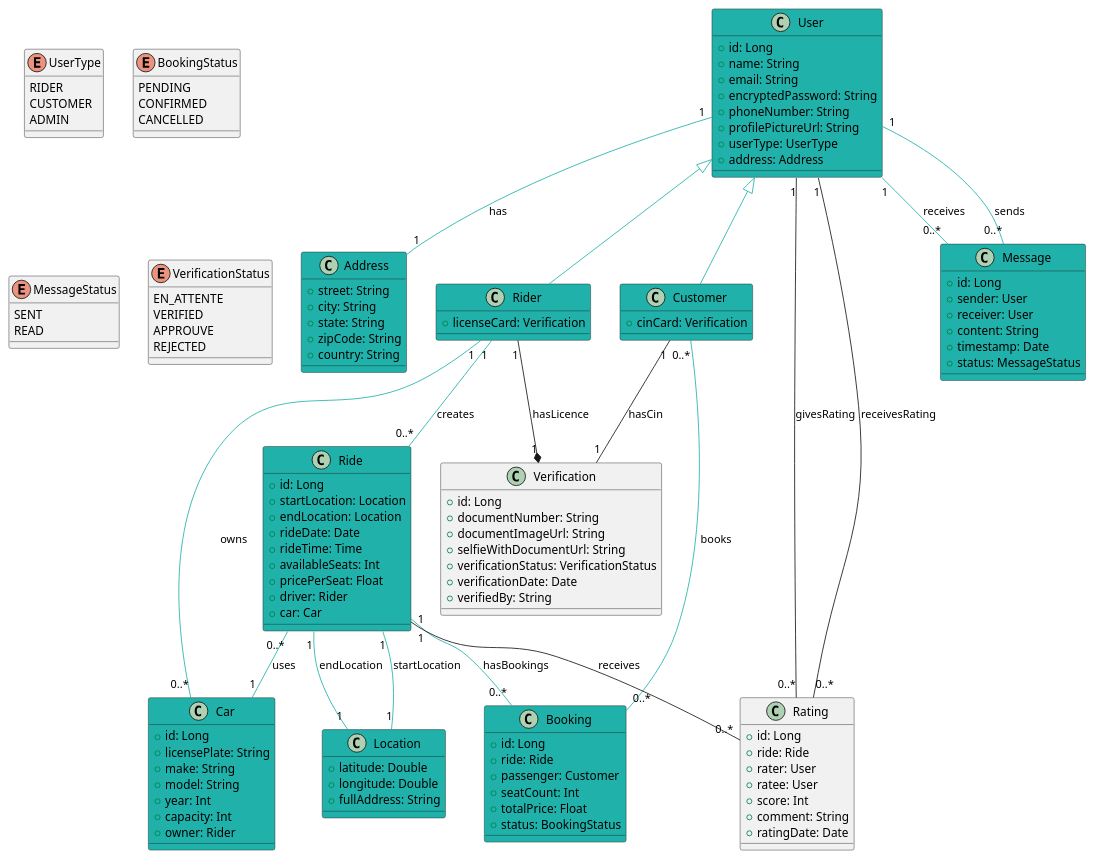
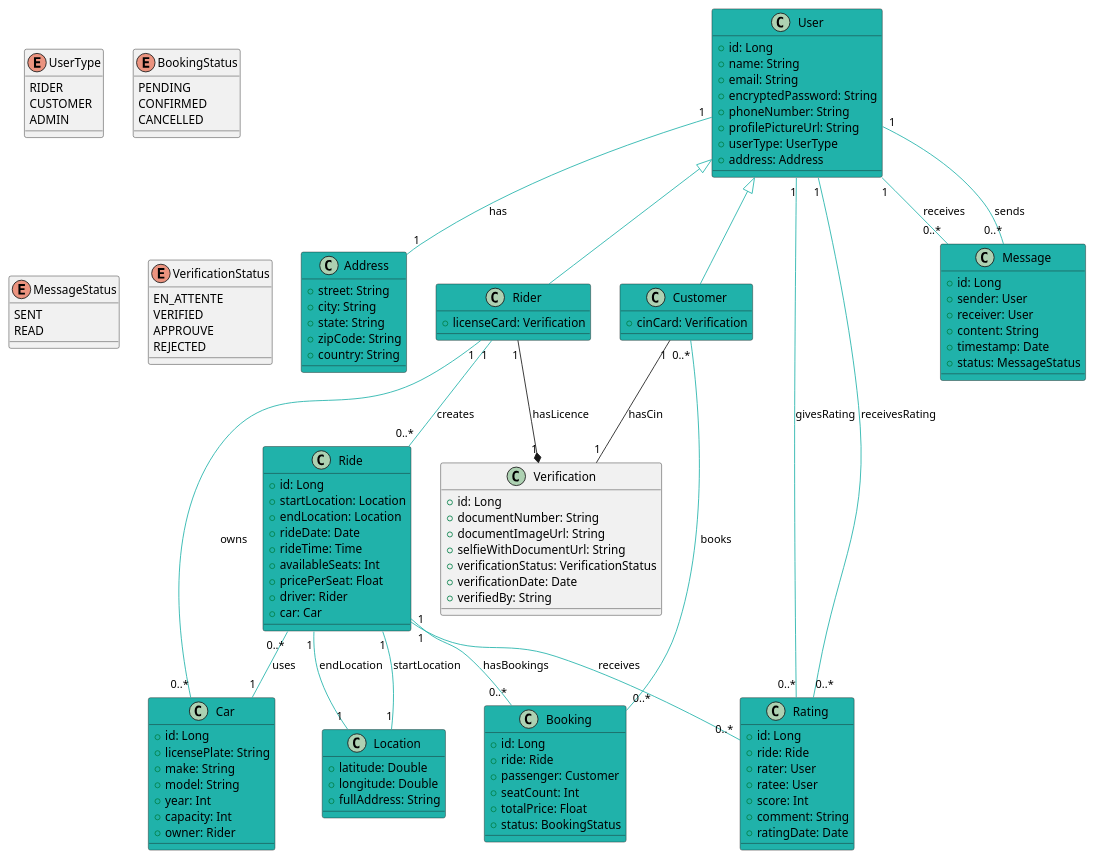
Before and after one commit to Mk-1000/my-ride-api: the diagram in MyRide.plantuml, drawn with PlantUML. The commit also changed 4 other files, not shown here.

```diff
--- a/MyRide.plantuml
+++ b/MyRide.plantuml
@@ -1,143 +1,143 @@
 @startuml
 class User #LightSeaGreen {
   +id: Long
   +name: String
   +email: String
   +encryptedPassword: String
   +phoneNumber: String
   +profilePictureUrl: String
   +userType: UserType
   +address: Address
 }
 
 class Address #LightSeaGreen {
   +street: String
   +city: String
   +state: String
   +zipCode: String
   +country: String
 }
 
 class Location #LightSeaGreen {
   +latitude: Double
   +longitude: Double
   +fullAddress: String
 }
 
 class Rider #LightSeaGreen {
   +licenseCard: Verification
 }
 
 class Verification {
   +id: Long
   +documentNumber: String
   +documentImageUrl: String
   +selfieWithDocumentUrl: String
   +verificationStatus: VerificationStatus
   +verificationDate: Date
   +verifiedBy: String
 }
 
 class Customer #LightSeaGreen{
     +cinCard: Verification
 }
 
 class Car #LightSeaGreen{
   +id: Long
   +licensePlate: String
   +make: String
   +model: String
   +year: Int
   +capacity: Int
   +owner: Rider
 }
 
 class Ride #LightSeaGreen {
   +id: Long
   +startLocation: Location
   +endLocation: Location
   +rideDate: Date
   +rideTime: Time
   +availableSeats: Int
   +pricePerSeat: Float
   +driver: Rider
   +car: Car
 }
 
 class Booking #LightSeaGreen {
   +id: Long
   +ride: Ride
   +passenger: Customer
   +seatCount: Int
   +totalPrice: Float
   +status: BookingStatus
 }
 
-class Rating {
+class Rating #LightSeaGreen {
   +id: Long
   +ride: Ride
   +rater: User
   +ratee: User
   +score: Int
   +comment: String
   +ratingDate: Date
 }
 
 class Message #LightSeaGreen {
   +id: Long
   +sender: User
   +receiver: User
   +content: String
   +timestamp: Date
   +status: MessageStatus
 }
 
 enum UserType {
   RIDER
   CUSTOMER
   ADMIN
 }
 
 enum BookingStatus {
   PENDING
   CONFIRMED
   CANCELLED
 }
 
 enum MessageStatus {
   SENT
   READ
 }
 
 ' Waiting for verification (initial state)
 ' Good detection by AI (automated status)
 ' Final approval by support team
 ' Rejected by support team or failed AI verification
 
 enum VerificationStatus {
   EN_ATTENTE
   VERIFIED
   APPROUVE
   REJECTED
 }
 
 ' Relationships
 Customer "1" -- "1" Verification: hasCin
 Rider "1" --* "1" Verification : hasLicence
 User "1" -- "1" Address #LightSeaGreen: has
 
 User <|-- Rider #LightSeaGreen
 User <|-- Customer #LightSeaGreen
 Rider "1" -- "0..*" Car #LightSeaGreen : owns
 Rider "1" -- "0..*" Ride #LightSeaGreen : creates 
 Ride "0..*" -- "1" Car #LightSeaGreen : uses
 Ride "1" -- "0..*" Booking #LightSeaGreen : hasBookings
 Customer "0..*" -- "0..*" Booking #LightSeaGreen : books
-Ride "1" -- "0..*" Rating: receives
-User "1" -- "0..*" Rating: givesRating
-User "1" -- "0..*" Rating: receivesRating
+Ride "1" -- "0..*" Rating #LightSeaGreen : receives
+User "1" -- "0..*" Rating #LightSeaGreen : givesRating
+User "1" -- "0..*" Rating #LightSeaGreen : receivesRating
 User "1" -- "0..*" Message #LightSeaGreen : sends
 User "1" -- "0..*" Message #LightSeaGreen : receives
 Ride "1" -- "1" Location #LightSeaGreen : startLocation
 Ride "1" -- "1" Location #LightSeaGreen : endLocation
 @enduml
```
